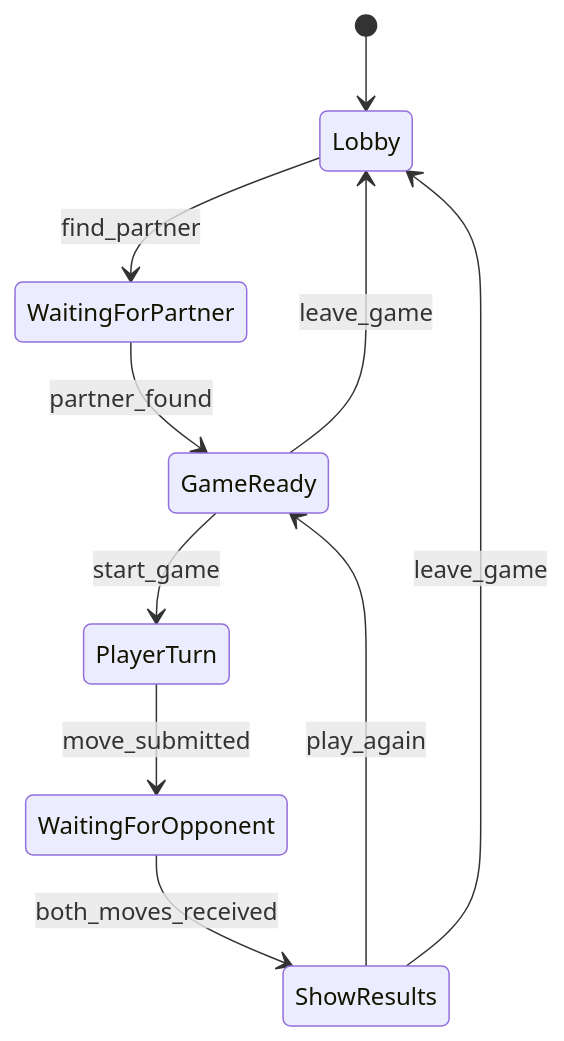
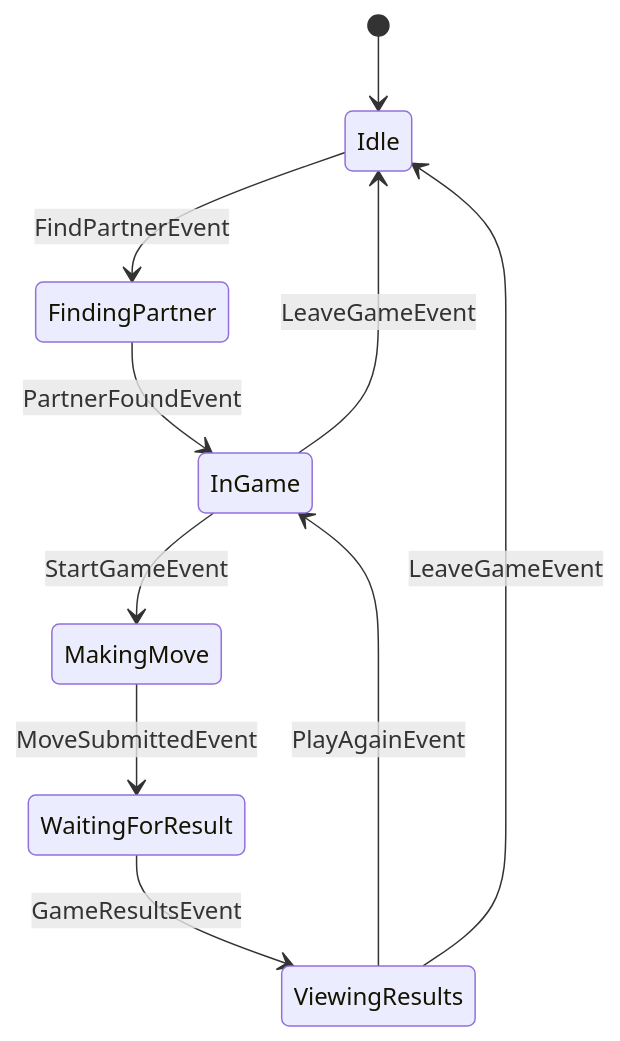
Before and after one commit to 4hel/scissors: the first of 2 diagrams in README.md, drawn with Mermaid. The commit also changed other lines of this file and 6 other files, not shown here.

````diff
--- a/README.md
+++ b/README.md
@@ -6,12 +8,12 @@
 ```mermaid
 stateDiagram-v2
-    [*] --> Lobby
-    Lobby --> WaitingForPartner : find_partner
-    WaitingForPartner --> GameReady : partner_found
-    GameReady --> PlayerTurn : start_game
-    PlayerTurn --> WaitingForOpponent : move_submitted
-    WaitingForOpponent --> ShowResults : both_moves_received
-    ShowResults --> GameReady : play_again
-    ShowResults --> Lobby : leave_game
-    GameReady --> Lobby : leave_game
+    [*] --> Idle
+    Idle --> FindingPartner : FindPartnerEvent
+    FindingPartner --> InGame : PartnerFoundEvent
+    InGame --> MakingMove : StartGameEvent
+    MakingMove --> WaitingForResult : MoveSubmittedEvent
+    WaitingForResult --> ViewingResults : GameResultsEvent
+    ViewingResults --> InGame : PlayAgainEvent
+    ViewingResults --> Idle : LeaveGameEvent
+    InGame --> Idle : LeaveGameEvent
 ```
````
